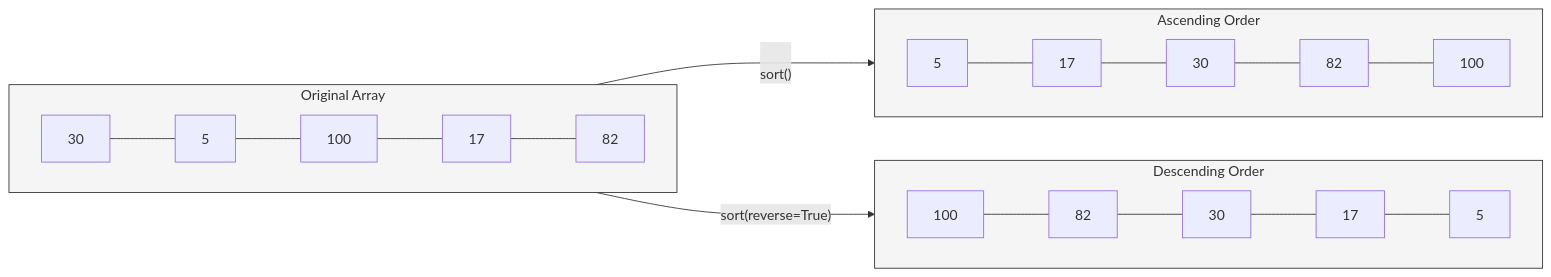
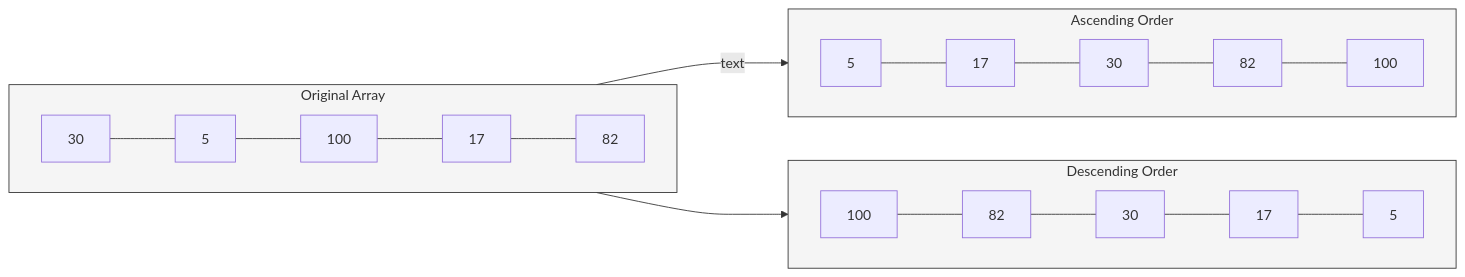
One commit to Algorithmology/www.algorithmology.org changed the diagram in slides/weekeleven/index.qmd. Above: the diagram before and after it, drawn with Mermaid. The commit also changed other lines of this file, not shown here.

Commit message:
fix: Make tweaks to slightly improve formatting of the diagram in slides/weekeleven/index.qmd.

````diff
--- a/slides/weekeleven/index.qmd
+++ b/slides/weekeleven/index.qmd
@@ -177,25 +177,27 @@
 ```{mermaid}
 %%| echo: false
 %%| scale: 200
 flowchart LR
     subgraph Original["Original Array"]
         direction LR
         O1[30] --- O2[5] --- O3[100] --- O4[17] --- O5[82]
         style Original fill:#f5f5f5,stroke:#333
     end
     
     subgraph Ascending["Ascending Order"]
         direction LR
         A1[5] --- A2[17] --- A3[30] --- A4[82] --- A5[100]
         style Ascending fill:#f5f5f5,stroke:#333
     end
     
     subgraph Descending["Descending Order"]
         direction LR
         D1[100] --- D2[82] --- D3[30] --- D4[17] --- D5[5]
         style Descending fill:#f5f5f5,stroke:#333
     end
 
-    Original --->|"  &nbsp;&nbsp;&nbsp;<br>sort()  "| Ascending
-    Original --->|"  sort(reverse=True)  "| Descending
+    Original ---> |text|Ascending
+    Original ---> Descending
+
+    linkStyle 0,1 fontSize:14px,fontWeight:bold;
 ```
````
